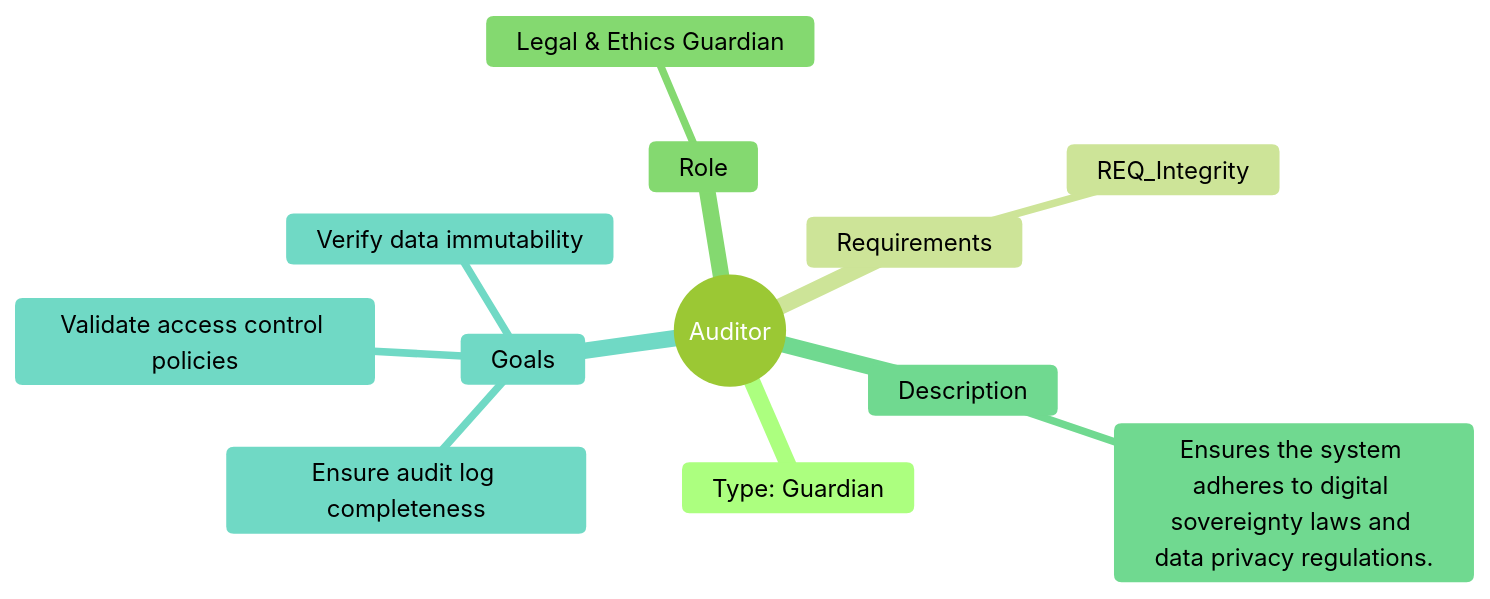
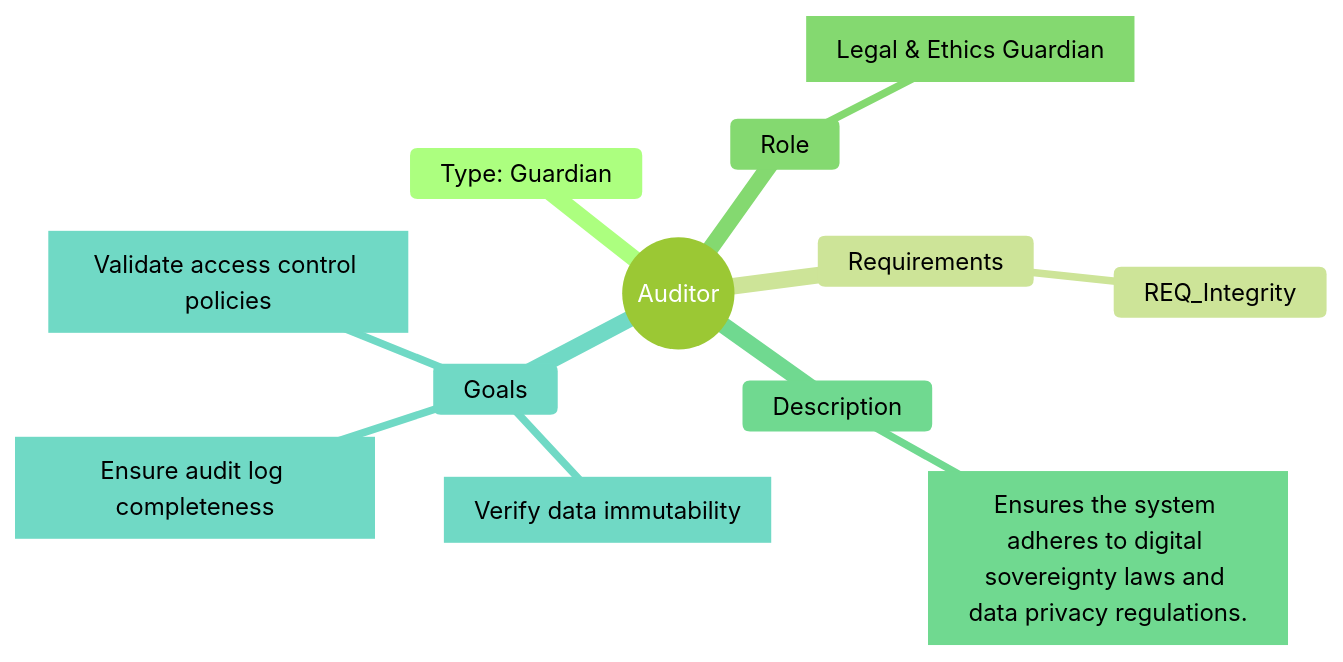
Before and after one commit to futurefoundai/foundryspec: the diagram in docs/personas/PER_Auditor.mermaid, drawn with Mermaid (forest theme). The commit also changed 13 other files, not shown here.

```diff
--- a/docs/personas/PER_Auditor.mermaid
+++ b/docs/personas/PER_Auditor.mermaid
@@ -1,20 +1,18 @@
 ---
 id: "PER_Auditor"
 title: Compliance Auditor
 description: External body responsible for verifying system integrity and legal compliance.
-entities:
-  - id: "PER_Auditor"
 ---
 mindmap
   PER_Auditor((Auditor))
     Type: Guardian
     Requirements
       REQ_Integrity
     Role
-      Legal & Ethics Guardian
+      ROLE["Legal & Ethics Guardian"]
     Description
-      Ensures the system adheres to digital sovereignty laws and data privacy regulations.
+      DESCRIPTION["Ensures the system adheres to digital sovereignty laws and data privacy regulations."]
     Goals
-      Verify data immutability
-      Ensure audit log completeness
-      Validate access control policies
+      GOAL_1["Verify data immutability"]
+      GOAL_2["Ensure audit log completeness"]
+      GOAL_3["Validate access control policies"]
```
